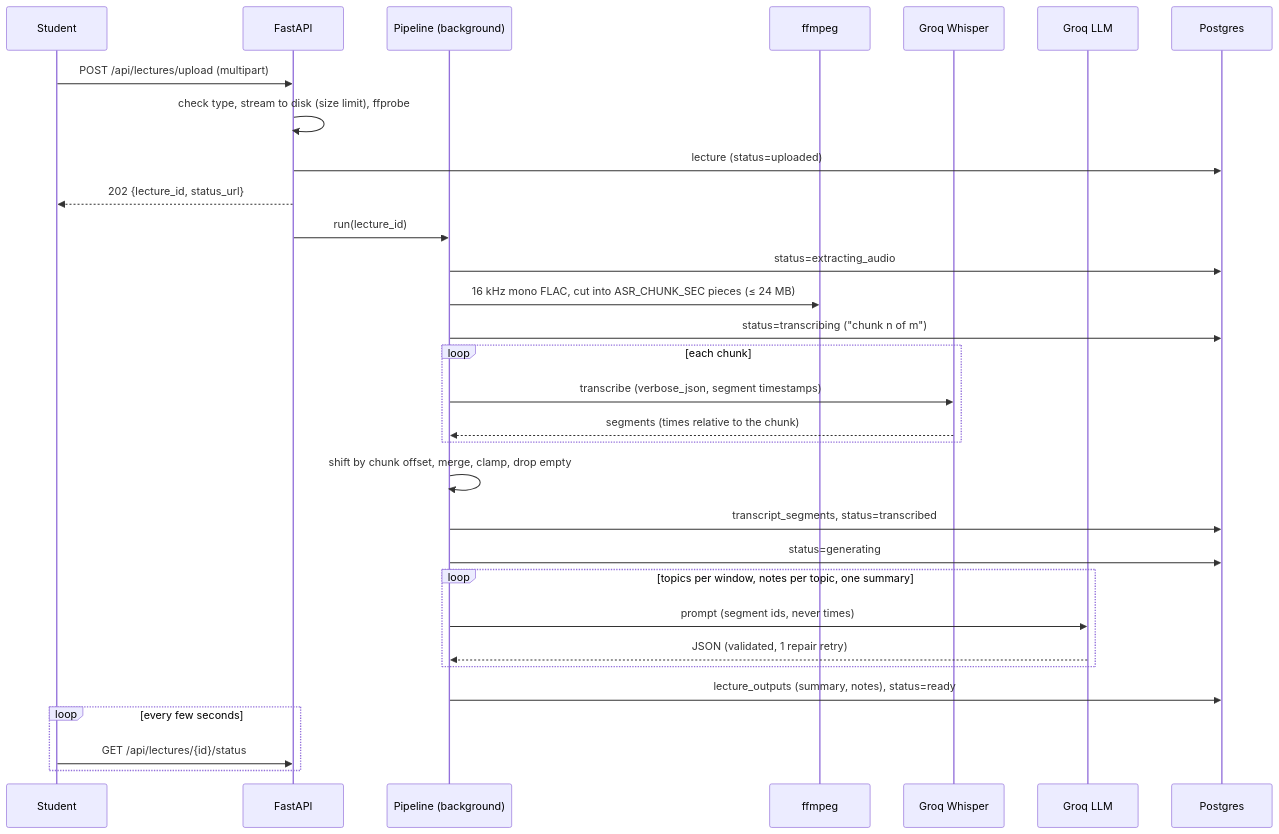
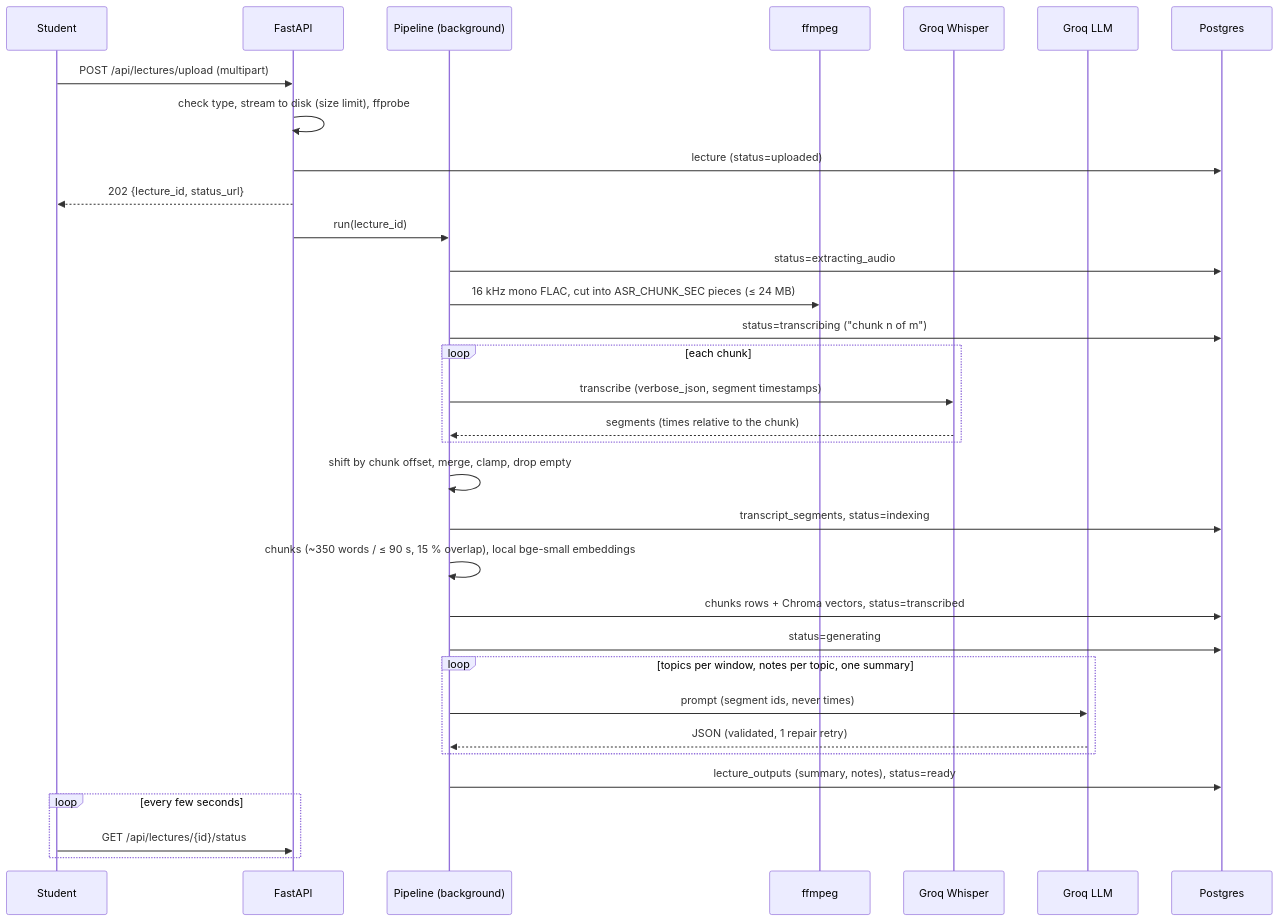
One commit to pranavshinde16/AI-study-buddy changed the second of 3 diagrams in docs/architecture.md. Above: the diagram before and after it, drawn with Mermaid. The commit also changed other lines of this file and 41 other files, not shown here.

````diff
--- a/docs/architecture.md
+++ b/docs/architecture.md
@@ -64,34 +71,36 @@
 ```mermaid
 sequenceDiagram
   participant U as Student
   participant API as FastAPI
   participant BG as Pipeline (background)
   participant FF as ffmpeg
   participant ASR as Groq Whisper
   participant L as Groq LLM
   participant DB as Postgres
 
   U->>API: POST /api/lectures/upload (multipart)
   API->>API: check type, stream to disk (size limit), ffprobe
   API->>DB: lecture (status=uploaded)
   API-->>U: 202 {lecture_id, status_url}
   API->>BG: run(lecture_id)
   BG->>DB: status=extracting_audio
   BG->>FF: 16 kHz mono FLAC, cut into ASR_CHUNK_SEC pieces (≤ 24 MB)
   BG->>DB: status=transcribing ("chunk n of m")
   loop each chunk
     BG->>ASR: transcribe (verbose_json, segment timestamps)
     ASR-->>BG: segments (times relative to the chunk)
   end
   BG->>BG: shift by chunk offset, merge, clamp, drop empty
-  BG->>DB: transcript_segments, status=transcribed
+  BG->>DB: transcript_segments, status=indexing
+  BG->>BG: chunks (~350 words / ≤ 90 s, 15 % overlap), local bge-small embeddings
+  BG->>DB: chunks rows + Chroma vectors, status=transcribed
   BG->>DB: status=generating
   loop topics per window, notes per topic, one summary
     BG->>L: prompt (segment ids, never times)
     L-->>BG: JSON (validated, 1 repair retry)
   end
   BG->>DB: lecture_outputs (summary, notes), status=ready
   loop every few seconds
     U->>API: GET /api/lectures/{id}/status
   end
 ```
````
